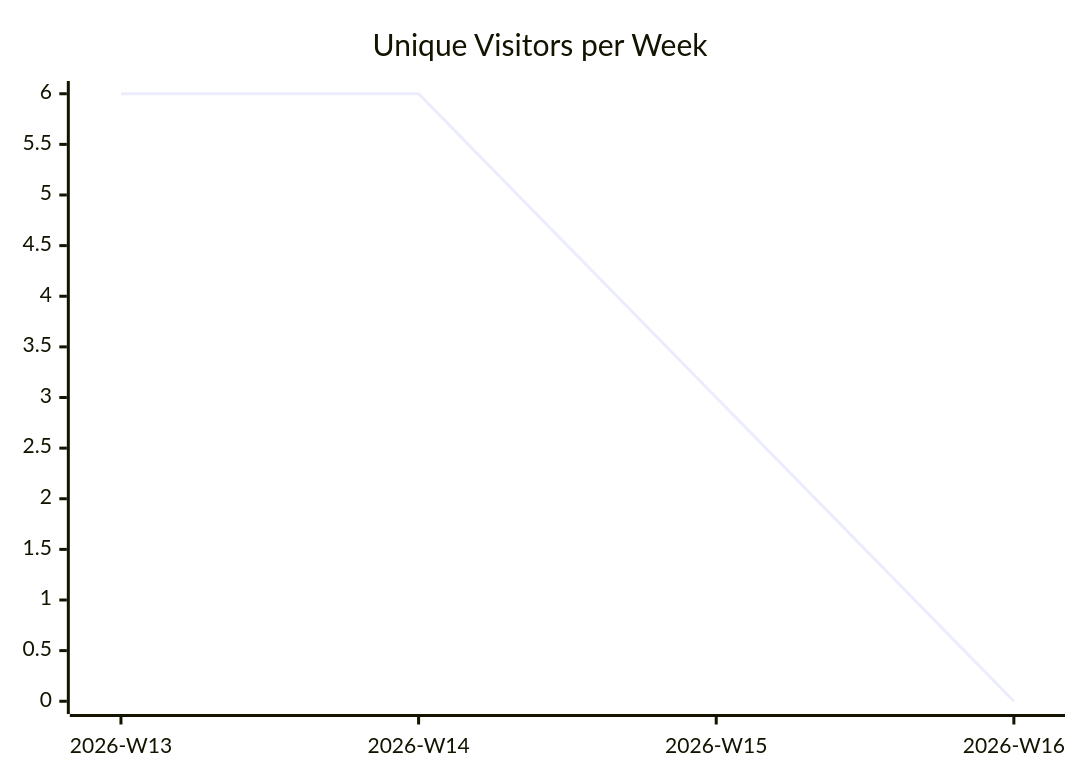
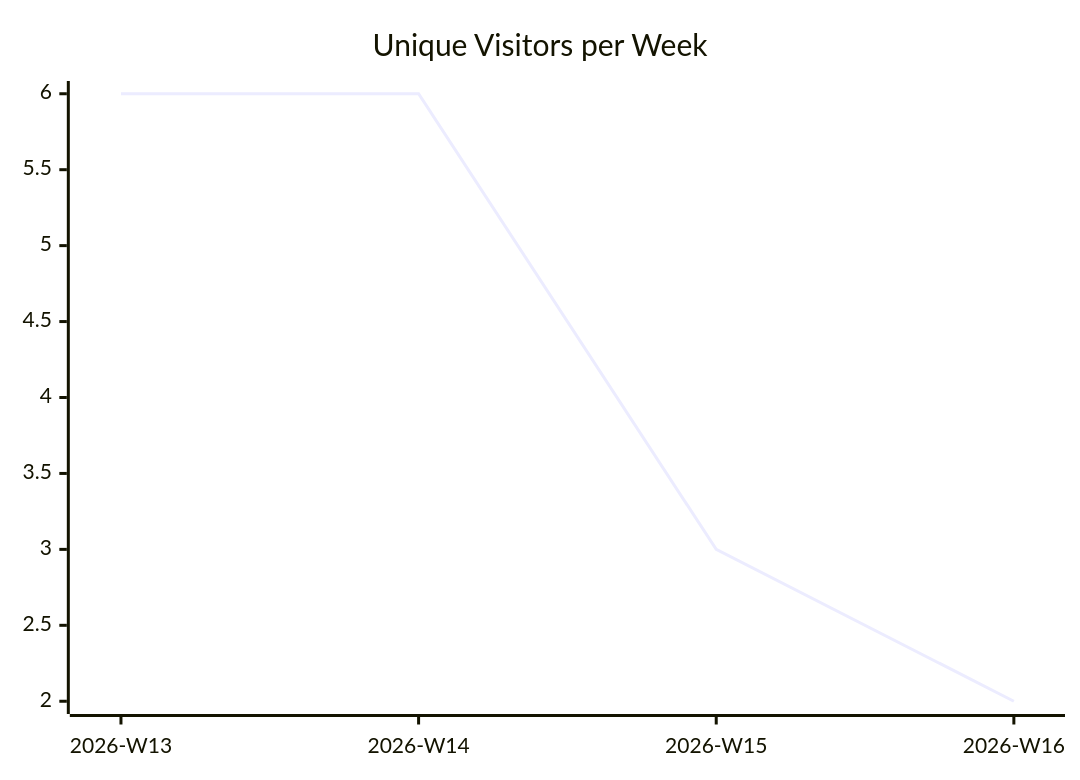
Before and after one commit to justdavis-family/github-analytics-data: the first of 3 diagrams in karlmdavis/ksoap2-android/README.md, drawn with Mermaid. The commit also changed other lines of this file and 189 other files, not shown here.

````diff
--- a/karlmdavis/ksoap2-android/README.md
+++ b/karlmdavis/ksoap2-android/README.md
@@ -5,6 +5,6 @@
 ```mermaid
 xychart-beta
   title "Unique Visitors per Week"
   x-axis ["2026-W13", "2026-W14", "2026-W15", "2026-W16"]
-  line [6, 6, 3, 0]
+  line [6, 6, 3, 2]
 ```
````
